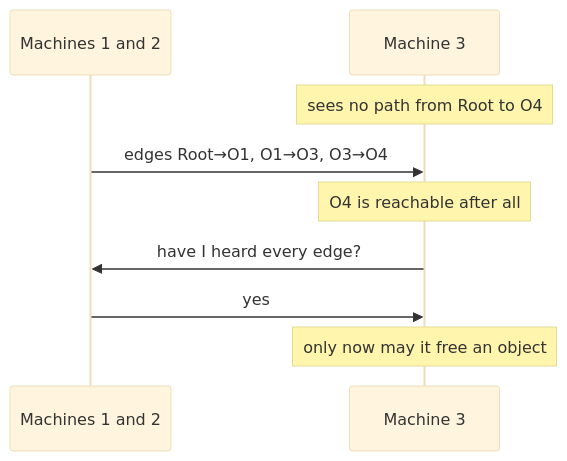
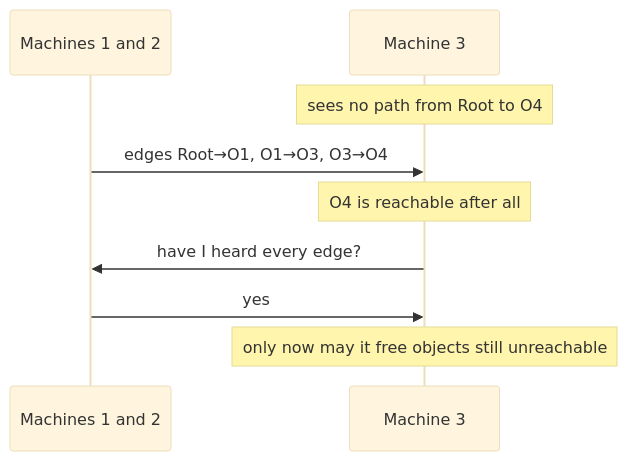
Before and after one commit to mengjiasun1992/sllmwiki-demo: the third of 3 diagrams in sllmwiki/narratives/what-does-keeping-calm-argue-and-is-it-worth-reading-in-full.md, drawn with Mermaid (base theme). The commit also changed other lines of this file and 6 other files, not shown here.

````diff
--- a/sllmwiki/narratives/what-does-keeping-calm-argue-and-is-it-worth-reading-in-full.md
+++ b/sllmwiki/narratives/what-does-keeping-calm-argue-and-is-it-worth-reading-in-full.md
@@ -103,11 +103,11 @@
 ```mermaid
 sequenceDiagram
     participant Others as Machines 1 and 2
     participant M3 as Machine 3
     Note over M3: sees no path from Root to O4
     Others->>M3: edges Root→O1, O1→O3, O3→O4
     Note over M3: O4 is reachable after all
     M3->>Others: have I heard every edge?
     Others->>M3: yes
-    Note over M3: only now may it free an object
+    Note over M3: only now may it free objects still unreachable
 ```
````
